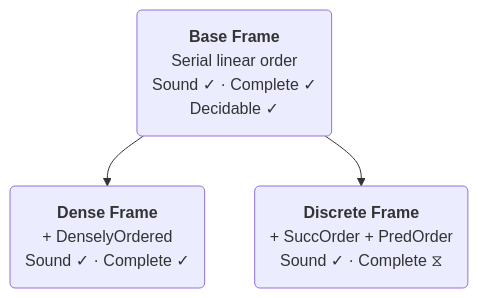
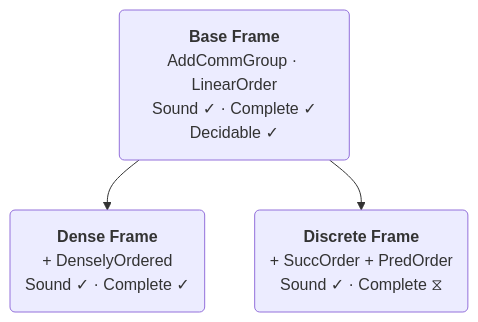
The diagram in README.md (benbrastmckie/BimodalLogic), drawn with Mermaid before and after one commit.

````diff
--- a/README.md
+++ b/README.md
@@ -120,9 +120,9 @@
 ```mermaid
 graph TD
-    B("<b>Base Frame</b><br/>Serial linear order<br/>Sound ✓ · Complete ✓<br/>Decidable ✓")
+    B("<b>Base Frame</b><br/>AddCommGroup · LinearOrder<br/>Sound ✓ · Complete ✓<br/>Decidable ✓")
     D("<b>Dense Frame</b><br/>+ DenselyOrdered<br/>Sound ✓ · Complete ✓")
     Z("<b>Discrete Frame</b><br/>+ SuccOrder + PredOrder<br/>Sound ✓ · Complete ⧖")
 
     B --> D
     B --> Z
 ```
````
